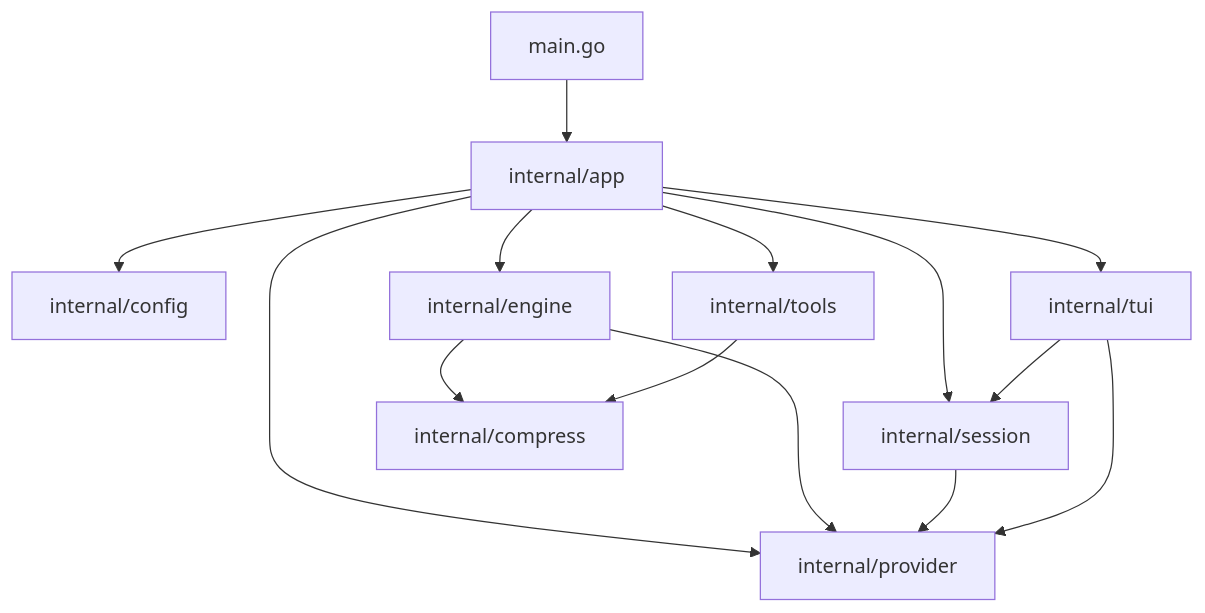
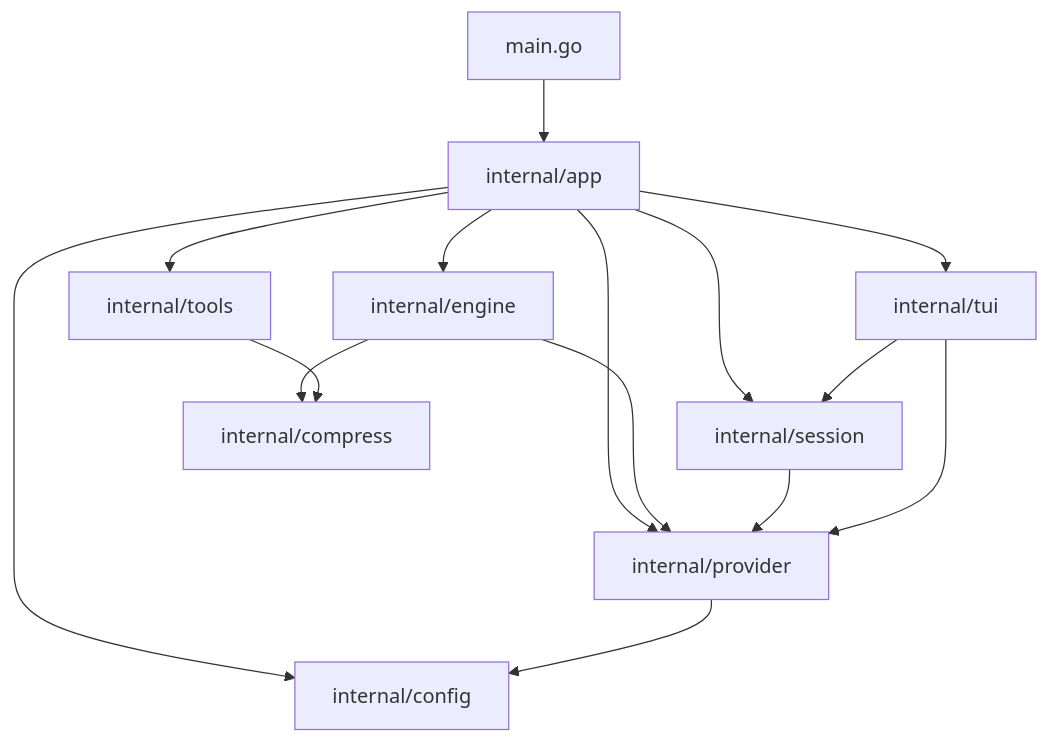
One commit to glemsom/eitri changed the diagram in ARCHITECTURE.md. Above: the diagram before and after it, drawn with Mermaid. The commit also changed other lines of this file and 5 other files, not shown here.

First line of the commit message:
Docs: correct session scoping, the reasoning mark, and graph edges

````diff
--- a/ARCHITECTURE.md
+++ b/ARCHITECTURE.md
@@ -7,16 +7,17 @@
 ```mermaid
 flowchart TB
   main[main.go] --> app[internal/app]
   app --> config[internal/config]
   app --> provider[internal/provider]
   app --> session[internal/session]
   app --> engine[internal/engine]
   app --> tui[internal/tui]
   app --> tools[internal/tools]
   engine --> provider
   engine --> compress[internal/compress]
   tools --> compress
   session --> provider
   tui --> provider
   tui --> session
+  provider --> config
 ```
````
